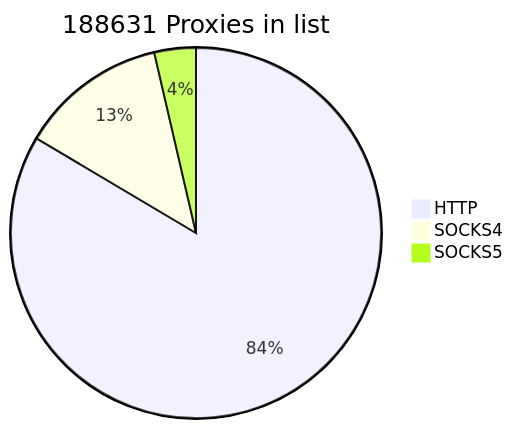
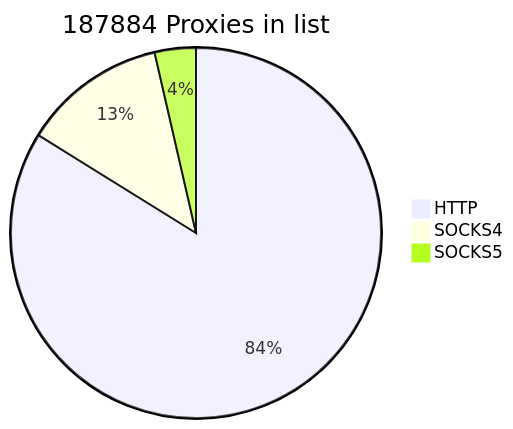
Before and after one commit to cutipu/proxylist: the first of 2 diagrams in README.md, drawn with Mermaid. The commit also changed other lines of this file, not shown here.

````diff
--- a/README.md
+++ b/README.md
@@ -2,7 +2,7 @@
 ```mermaid
-pie title 188631 Proxies in list
-    "HTTP" : 157556
-    "SOCKS4" : 24239
-    "SOCKS5" : 6836
+pie title 187884 Proxies in list
+    "HTTP" : 157531
+    "SOCKS4" : 23605
+    "SOCKS5" : 6748
             
 ```
````
